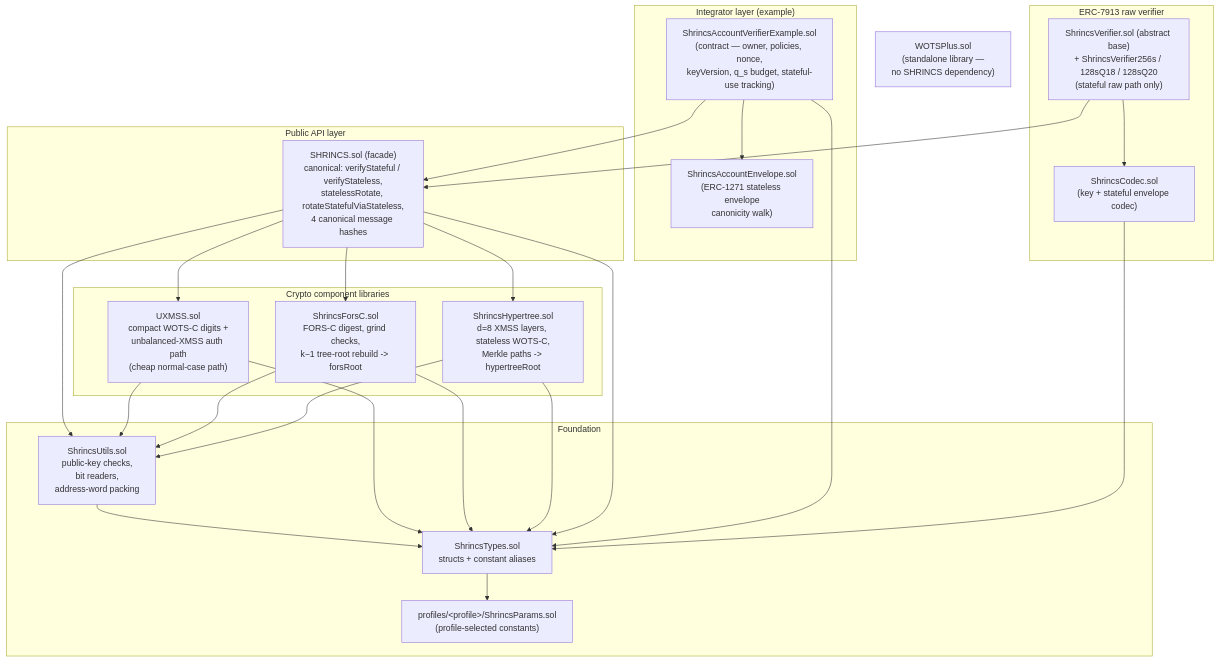
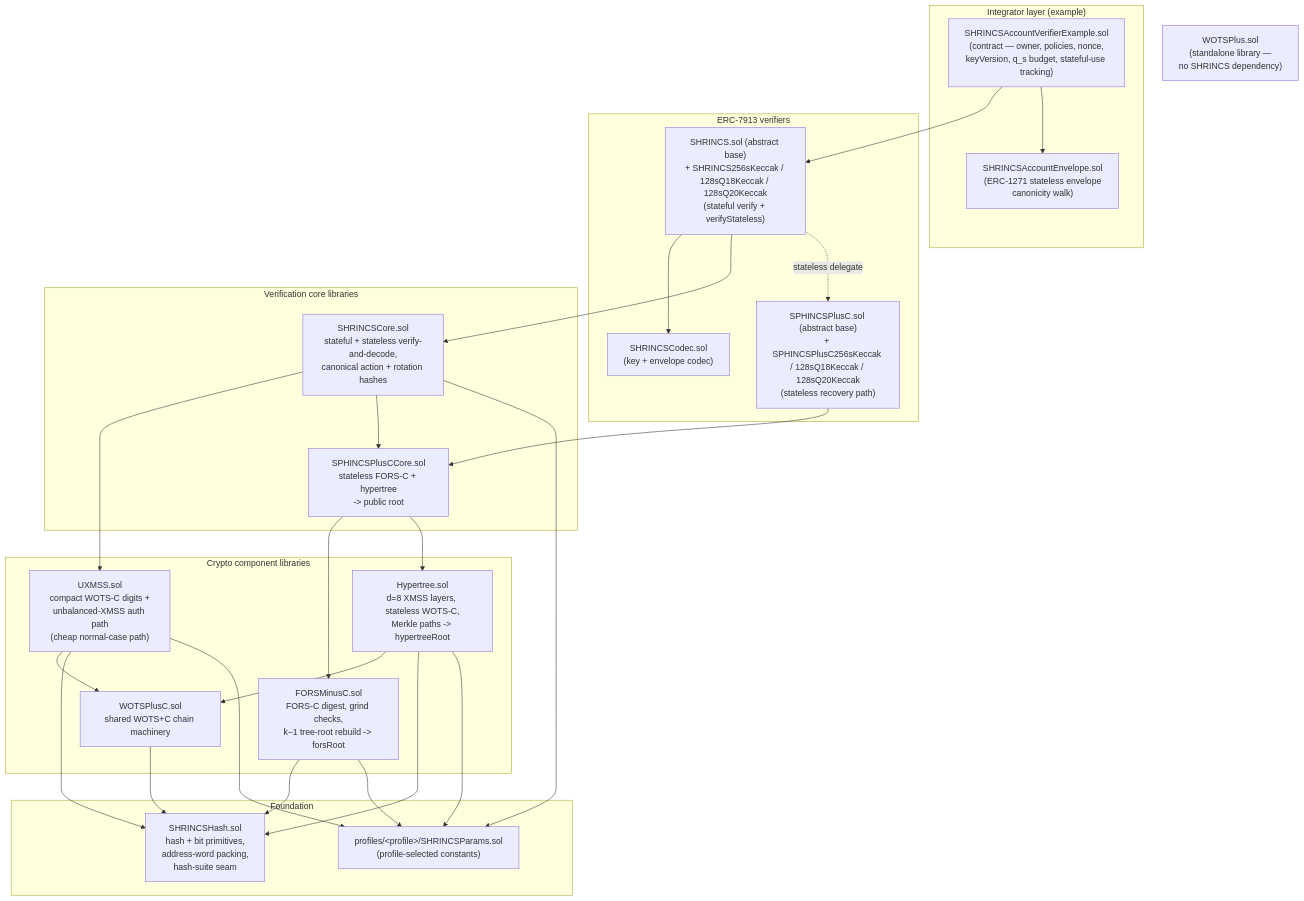
Before and after one commit to QuipNetwork/hashsigs-solidity: the first of 2 diagrams in README.md, drawn with Mermaid. The commit also changed other lines of this file and 35 other files, not shown here.

First line of the commit message:
Rename test suite to SHRINCS convention and align README/docs

````diff
--- a/README.md
+++ b/README.md
@@ -127,50 +149,53 @@
 ```mermaid
 graph TD
     subgraph "Integrator layer (example)"
-        EX["ShrincsAccountVerifierExample.sol<br/>(contract — owner, policies, nonce,<br/>keyVersion, q_s budget, stateful-use tracking)"]
-        EN["ShrincsAccountEnvelope.sol<br/>(ERC-1271 stateless envelope<br/>canonicity walk)"]
+        EX["SHRINCSAccountVerifierExample.sol<br/>(contract — owner, policies, nonce,<br/>keyVersion, q_s budget, stateful-use tracking)"]
+        EN["SHRINCSAccountEnvelope.sol<br/>(ERC-1271 stateless envelope<br/>canonicity walk)"]
     end
 
-    subgraph "ERC-7913 raw verifier"
-        VF["ShrincsVerifier.sol (abstract base)<br/>+ ShrincsVerifier256s / 128sQ18 / 128sQ20<br/>(stateful raw path only)"]
-        CO["ShrincsCodec.sol<br/>(key + stateful envelope codec)"]
+    subgraph "ERC-7913 verifiers"
+        VF["SHRINCS.sol (abstract base)<br/>+ SHRINCS256sKeccak / 128sQ18Keccak / 128sQ20Keccak<br/>(stateful verify + verifyStateless)"]
+        SP["SPHINCSPlusC.sol (abstract base)<br/>+ SPHINCSPlusC256sKeccak / 128sQ18Keccak / 128sQ20Keccak<br/>(stateless recovery path)"]
+        CO["SHRINCSCodec.sol<br/>(key + envelope codec)"]
     end
 
-    subgraph "Public API layer"
-        FA["SHRINCS.sol (facade)<br/>canonical: verifyStateful / verifyStateless,<br/>statelessRotate, rotateStatefulViaStateless,<br/>4 canonical message hashes"]
+    subgraph "Verification core libraries"
+        FA["SHRINCSCore.sol<br/>stateful + stateless verify-and-decode,<br/>canonical action + rotation hashes"]
+        SC["SPHINCSPlusCCore.sol<br/>stateless FORS-C + hypertree<br/>-> public root"]
     end
 
     subgraph "Crypto component libraries"
         ST["UXMSS.sol<br/>compact WOTS-C digits +<br/>unbalanced-XMSS auth path<br/>(cheap normal-case path)"]
-        FO["ShrincsForsC.sol<br/>FORS-C digest, grind checks,<br/>k−1 tree-root rebuild -> forsRoot"]
-        HY["ShrincsHypertree.sol<br/>d=8 XMSS layers, stateless WOTS-C,<br/>Merkle paths -> hypertreeRoot"]
+        FO["FORSMinusC.sol<br/>FORS-C digest, grind checks,<br/>k−1 tree-root rebuild -> forsRoot"]
+        HY["Hypertree.sol<br/>d=8 XMSS layers, stateless WOTS-C,<br/>Merkle paths -> hypertreeRoot"]
+        WC["WOTSPlusC.sol<br/>shared WOTS+C chain machinery"]
     end
 
     subgraph "Foundation"
-        UT["ShrincsUtils.sol<br/>public-key checks,<br/>bit readers,<br/>address-word packing"]
-        TY["ShrincsTypes.sol<br/>structs + constant aliases"]
-        PA["profiles/&lt;profile&gt;/ShrincsParams.sol<br/>(profile-selected constants)"]
+        HH["SHRINCSHash.sol<br/>hash + bit primitives,<br/>address-word packing,<br/>hash-suite seam"]
+        PA["profiles/&lt;profile&gt;/SHRINCSParams.sol<br/>(profile-selected constants)"]
     end
 
     WP["WOTSPlus.sol<br/>(standalone library —<br/>no SHRINCS dependency)"]
 
-    EX --> FA
+    EX --> VF
     EX --> EN
     VF --> CO
     VF --> FA
+    VF -. stateless delegate .-> SP
+    SP --> SC
     FA --> ST
-    FA --> FO
-    FA --> HY
-    FA --> UT
-    ST --> UT
-    FO --> UT
-    HY --> UT
-    UT --> TY
-    ST --> TY
-    FO --> TY
-    HY --> TY
-    FA --> TY
-    EX --> TY
-    CO --> TY
-    TY --> PA
+    FA --> SC
+    SC --> FO
+    SC --> HY
+    ST --> WC
+    HY --> WC
+    ST --> HH
+    FO --> HH
+    HY --> HH
+    WC --> HH
+    FA --> PA
+    ST --> PA
+    FO --> PA
+    HY --> PA
 ```
````
